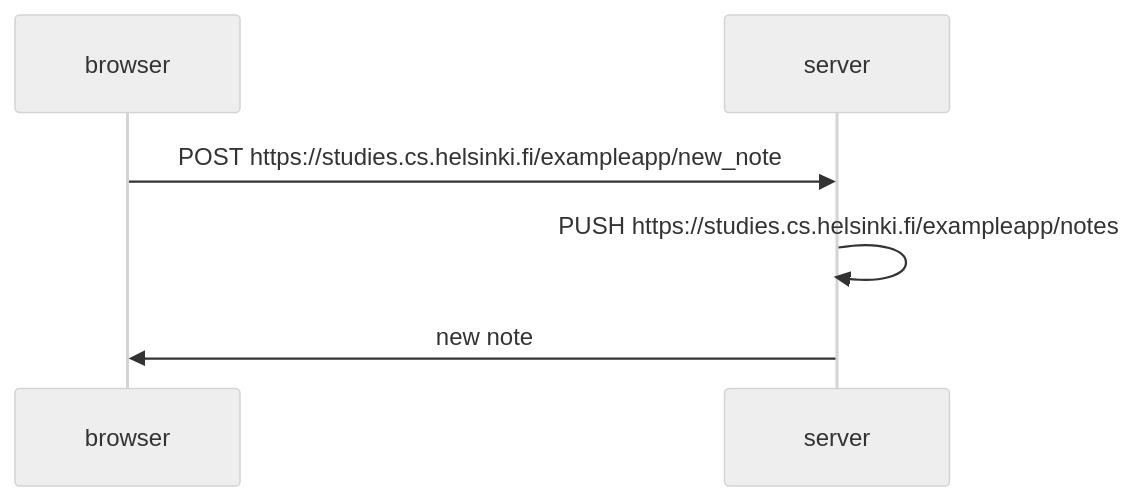
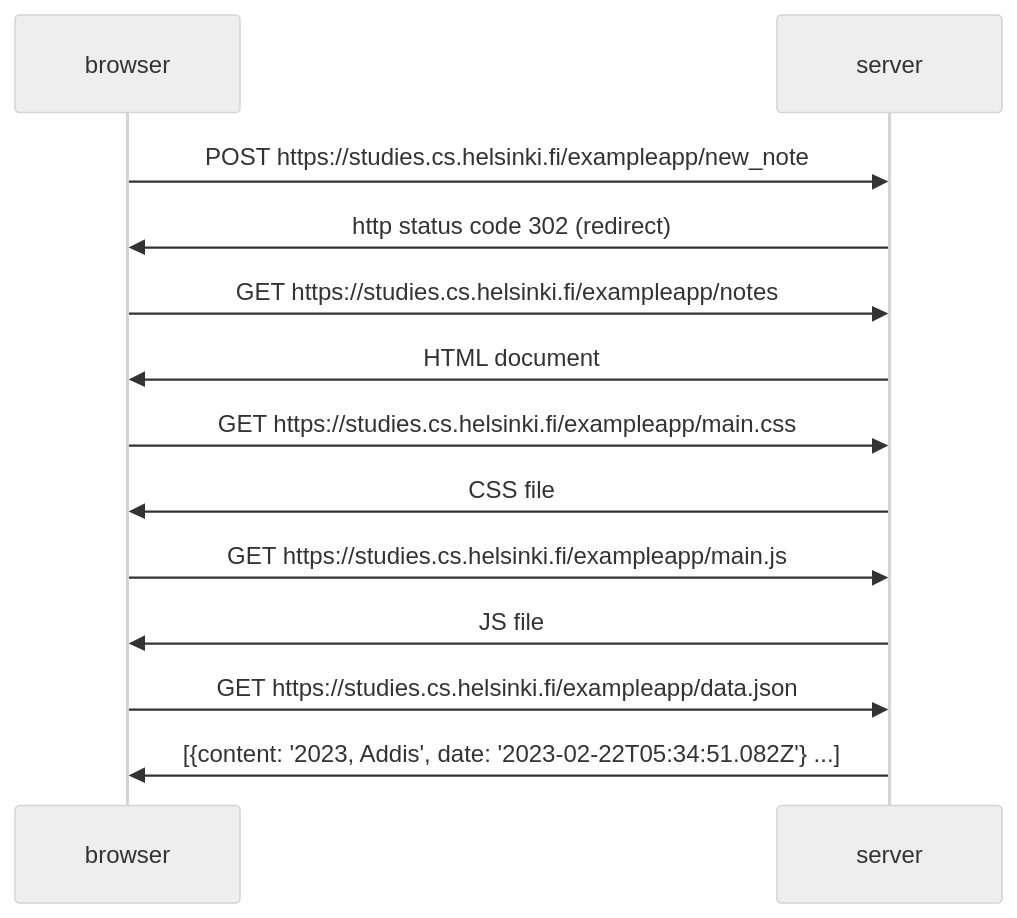
One commit to HatofulGirlfriend/fullstackopen-exercises changed the diagram in part0/exercise-0-4.md. Above: the diagram before and after it, drawn with Mermaid (neutral theme).

````diff
--- a/part0/exercise-0-4.md
+++ b/part0/exercise-0-4.md
@@ -1,7 +1,13 @@
 ```mermaid
 sequenceDiagram
 browser->>server: POST https://studies.cs.helsinki.fi/exampleapp/new_note
-server->>server: PUSH https://studies.cs.helsinki.fi/exampleapp/notes
-server->>browser: new note
-
+server->>browser: http status code 302 (redirect)
+browser->>server: GET https://studies.cs.helsinki.fi/exampleapp/notes
+server->>browser: HTML document
+browser->>server: GET https://studies.cs.helsinki.fi/exampleapp/main.css
+server->>browser: CSS file
+browser->>server: GET https://studies.cs.helsinki.fi/exampleapp/main.js
+server->>browser: JS file
+browser->>server: GET https://studies.cs.helsinki.fi/exampleapp/data.json
+server->>browser: [{content: '2023, Addis', date: '2023-02-22T05:34:51.082Z'} ...]
 ```
````
